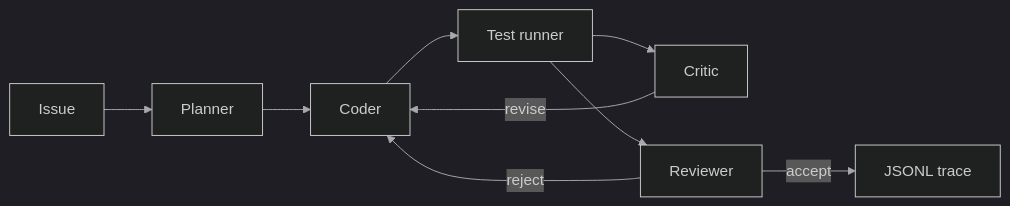
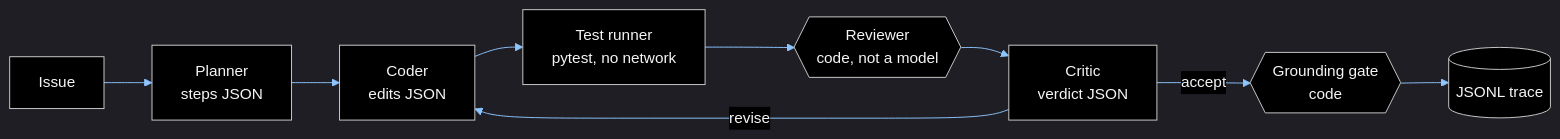
One commit to shmorsi/orbit-multi-agent changed the first of 2 diagrams in README.md. Above: the diagram before and after it, drawn with Mermaid. The commit also changed other lines of this file and 14 other files, not shown here.

````diff
--- a/README.md
+++ b/README.md
@@ -33,12 +47,12 @@
 ```mermaid
-%%{init: {"theme": "dark", "themeVariables": {"background": "#000000", "primaryColor": "#000000", "primaryTextColor": "#f5f5f7", "primaryBorderColor": "#8ec5ff", "lineColor": "#a8a8ad", "fontFamily": "Inter Tight, Helvetica, Arial, sans-serif"}}}%%
+%%{init: {"theme": "dark", "themeVariables": {"background": "#000000", "mainBkg": "#000000", "primaryColor": "#000000", "primaryTextColor": "#f5f5f7", "primaryBorderColor": "#8ec5ff", "secondaryColor": "#000000", "tertiaryColor": "#000000", "lineColor": "#8ec5ff", "textColor": "#f5f5f7", "edgeLabelBackground": "#000000", "fontFamily": "Inter Tight, Helvetica, Arial, sans-serif"}}}%%
 flowchart LR
-  issue[Issue] --> planner[Planner]
-  planner --> coder[Coder]
-  coder --> tests[Test runner]
-  tests --> critic[Critic]
+  issue[Issue] --> planner["Planner<br/>steps JSON"]
+  planner --> coder["Coder<br/>edits JSON"]
+  coder --> tests["Test runner<br/>pytest, no network"]
+  tests --> reviewer{{"Reviewer<br/>code, not a model"}}
+  reviewer --> critic["Critic<br/>verdict JSON"]
   critic -->|revise| coder
-  tests --> reviewer[Reviewer]
-  reviewer -->|reject| coder
-  reviewer -->|accept| trace[JSONL trace]
+  critic -->|accept| gate{{"Grounding gate<br/>code"}}
+  gate --> trace[(JSONL trace)]
 ```
````
